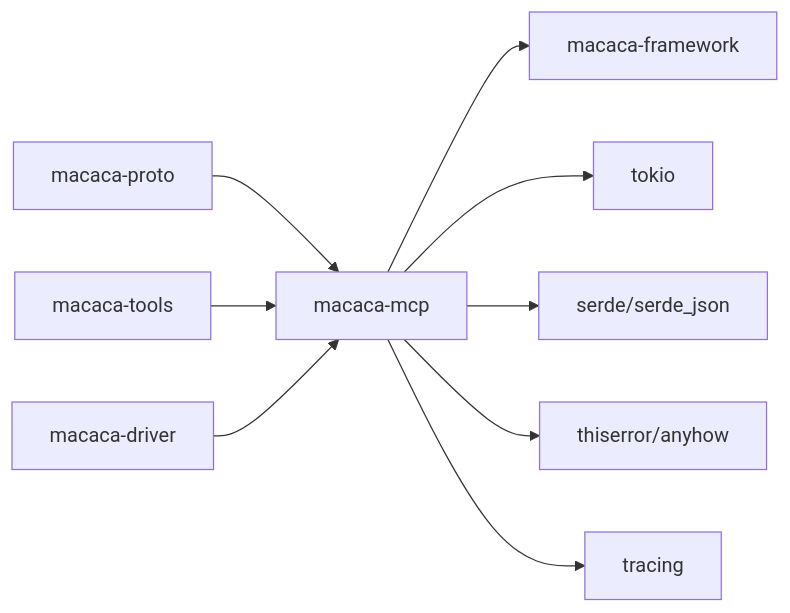
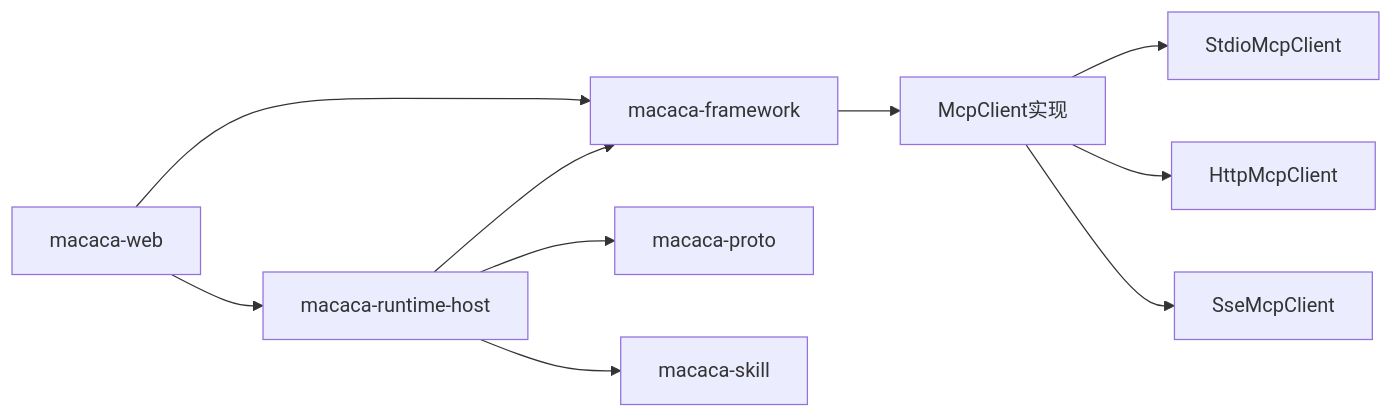
Before and after one commit to ixiejun/macaca: diagram 11 of 11 in .qoder/repowiki/zh/content/扩展开发/MCP协议.md, drawn with Mermaid. The commit also changed other lines of this file and 49 other files, not shown here.

First line of the commit message:
feat: delegated cc_trace 实时 SSE 推送 + driver 插件化重构

````diff
--- a/.qoder/repowiki/zh/content/扩展开发/MCP协议.md
+++ b/.qoder/repowiki/zh/content/扩展开发/MCP协议.md
@@ -333,11 +576,12 @@
 ```mermaid
 graph LR
-Proto["macaca-proto"] --> MCP["macaca-mcp"]
-Tools["macaca-tools"] --> MCP
-Driver["macaca-driver"] --> MCP
-MCP --> Framework["macaca-framework"]
-MCP --> Tokio["tokio"]
-MCP --> Serde["serde/serde_json"]
-MCP --> Error["thiserror/anyhow"]
-MCP --> Trace["tracing"]
+RuntimeHost["macaca-runtime-host"] --> Framework["macaca-framework"]
+RuntimeHost --> Proto["macaca-proto"]
+RuntimeHost --> Skill["macaca-skill"]
+Web["macaca-web"] --> RuntimeHost
+Web --> Framework
+Framework --> Clients["McpClient实现"]
+Clients --> Stdio["StdioMcpClient"]
+Clients --> Http["HttpMcpClient"]
+Clients --> Sse["SseMcpClient"]
 ```
````
